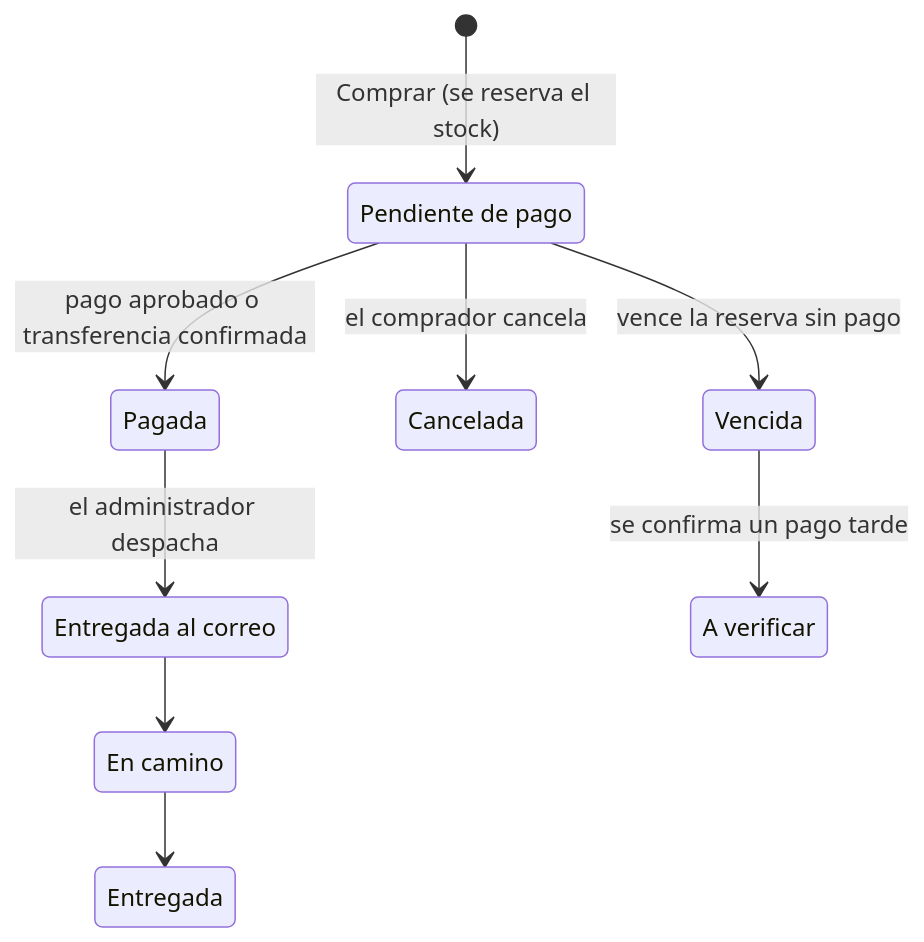
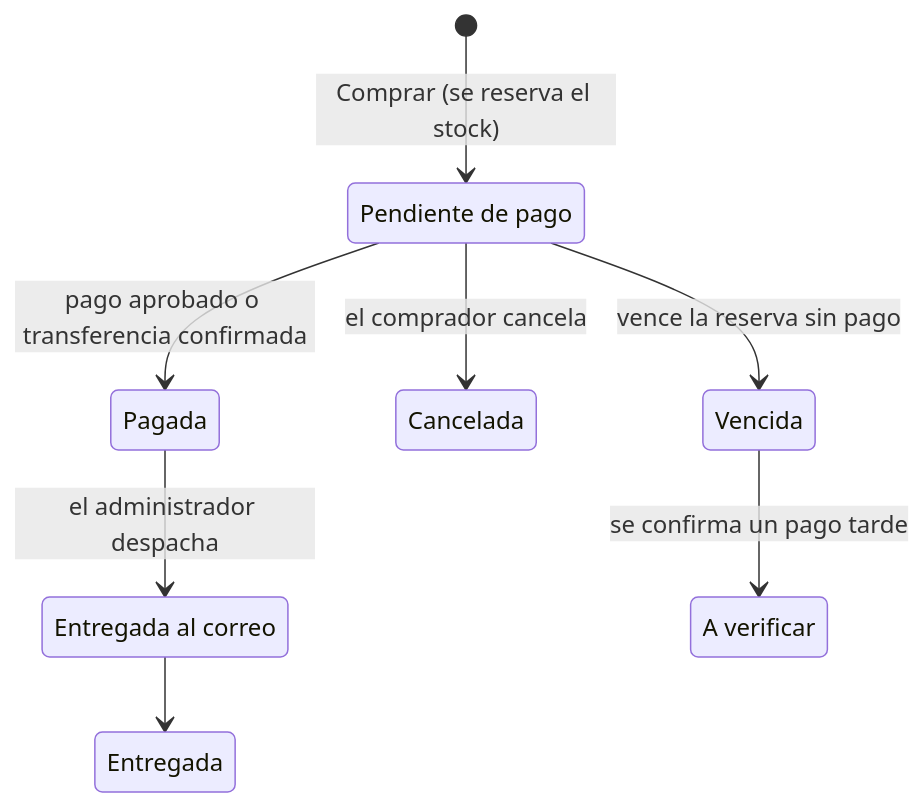
One commit to JuanHernandez-99/Fav-del-universo changed the diagram in SPEC.md. Above: the diagram before and after it, drawn with Mermaid. The commit also changed other lines of this file and 1 other file, not shown here.

Commit message:
fix: spec and architecture

````diff
--- a/SPEC.md
+++ b/SPEC.md
@@ -109,16 +108,14 @@
 ```mermaid
 stateDiagram-v2
     state "Pendiente de pago" as Pendiente
     state "Entregada al correo" as AlCorreo
-    state "En camino" as EnCamino
     state "A verificar" as AVerificar
 
     [*] --> Pendiente: Comprar (se reserva el stock)
     Pendiente --> Pagada: pago aprobado o transferencia confirmada
     Pendiente --> Cancelada: el comprador cancela
     Pendiente --> Vencida: vence la reserva sin pago
     Vencida --> AVerificar: se confirma un pago tarde
     Pagada --> AlCorreo: el administrador despacha
-    AlCorreo --> EnCamino
-    EnCamino --> Entregada
+    AlCorreo --> Entregada
 ```
````
